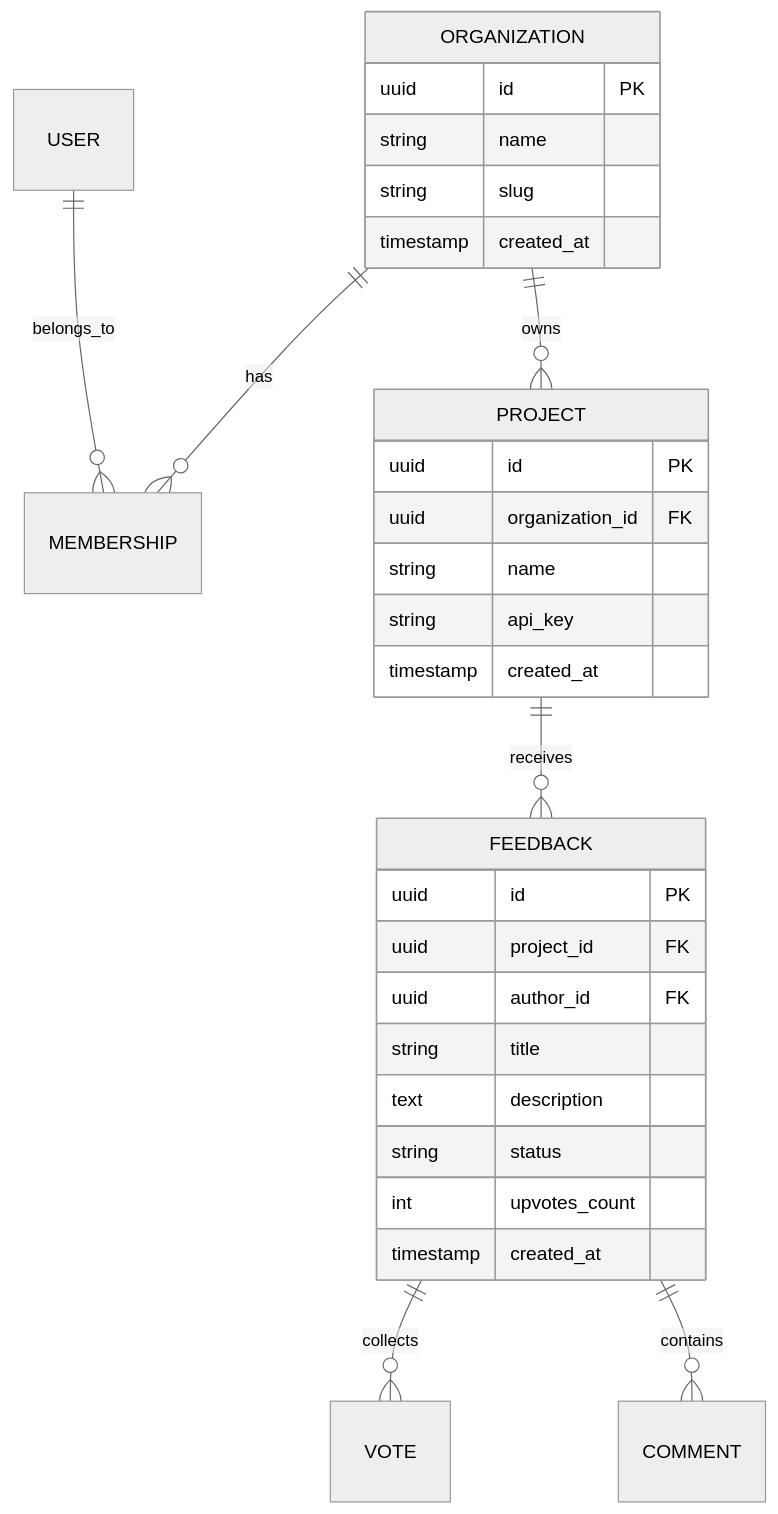
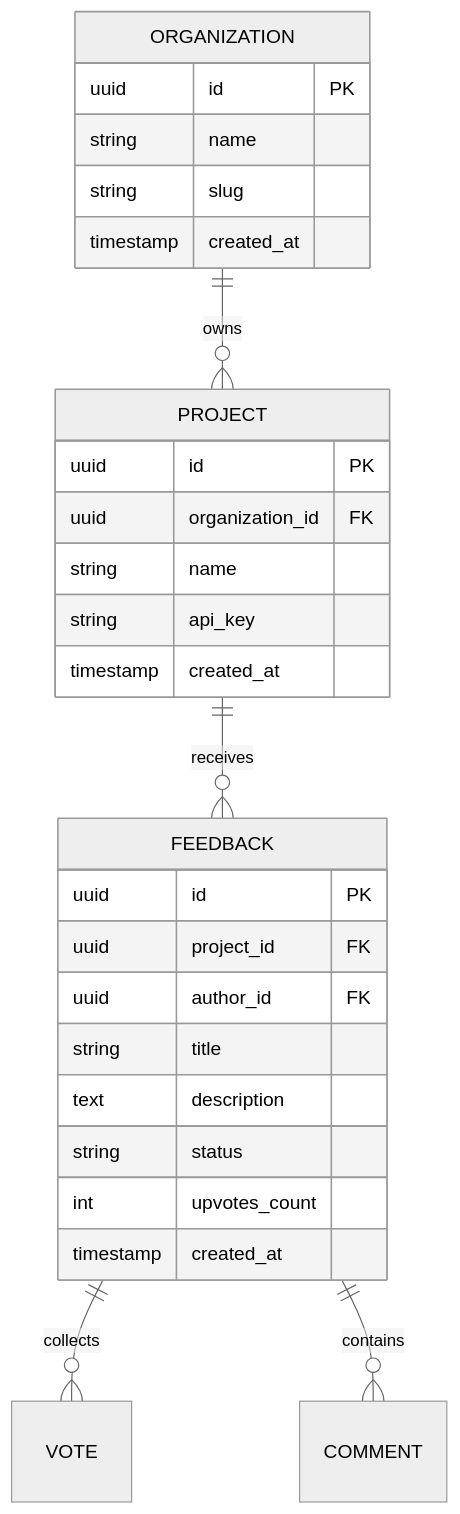
Before and after one commit to navaneethsankar07/idea-relay: the second of 2 diagrams in docs/database.md, drawn with Mermaid (neutral theme). The commit also changed other lines of this file and 3 other files, not shown here.

Commit message:
docs: document authentication architecture, database models, api endpoints, and oauth setup

````diff
--- a/docs/database.md
+++ b/docs/database.md
@@ -9,35 +66,33 @@
 ```mermaid
 erDiagram
-    ORGANIZATION ||--o{ MEMBERSHIP : has
     ORGANIZATION ||--o{ PROJECT : owns
-    USER ||--o{ MEMBERSHIP : belongs_to
     PROJECT ||--o{ FEEDBACK : receives
     FEEDBACK ||--o{ VOTE : collects
     FEEDBACK ||--o{ COMMENT : contains
 
     ORGANIZATION {
         uuid id PK
         string name
         string slug
         timestamp created_at
     }
 
     PROJECT {
         uuid id PK
         uuid organization_id FK
         string name
         string api_key
         timestamp created_at
     }
 
     FEEDBACK {
         uuid id PK
         uuid project_id FK
         uuid author_id FK
         string title
         text description
         string status
         int upvotes_count
         timestamp created_at
     }
 ```
````
